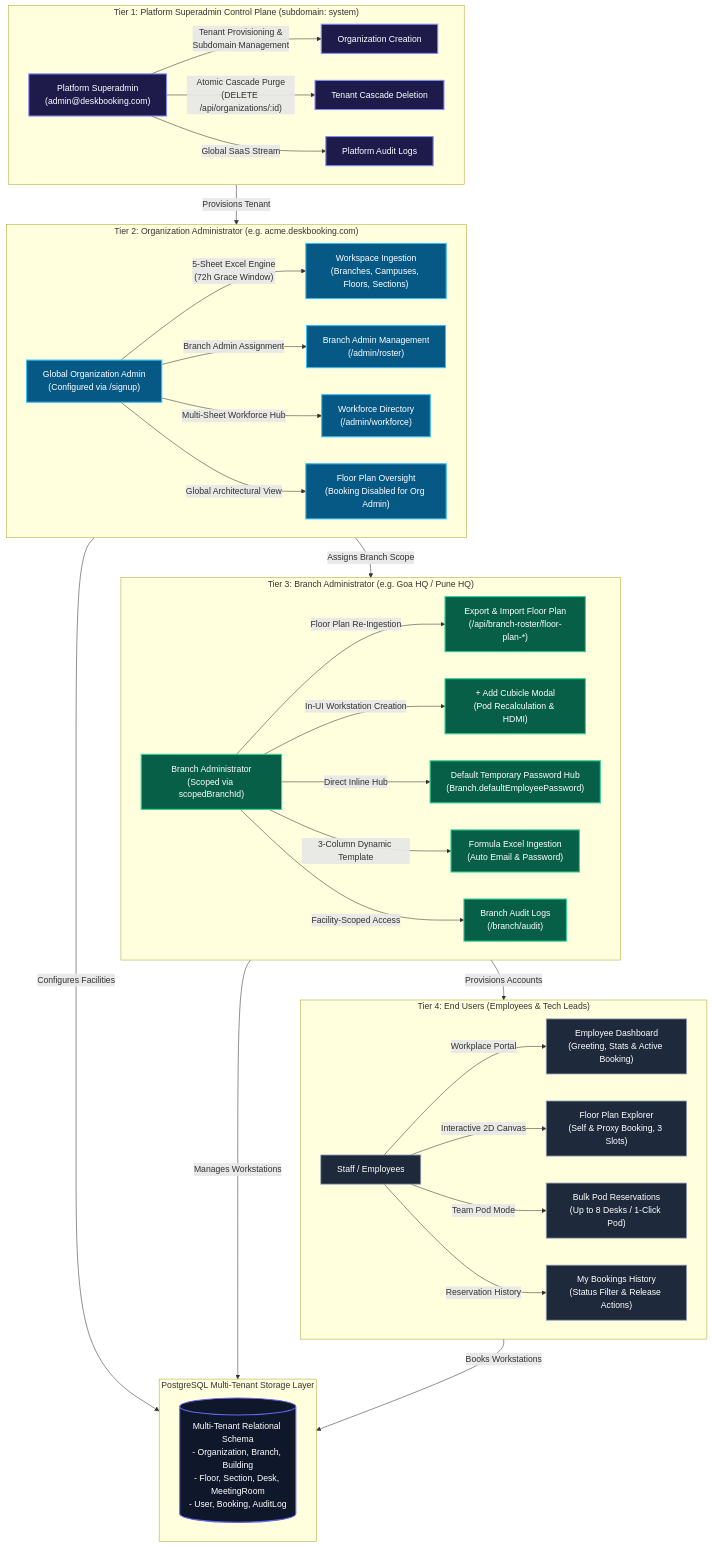
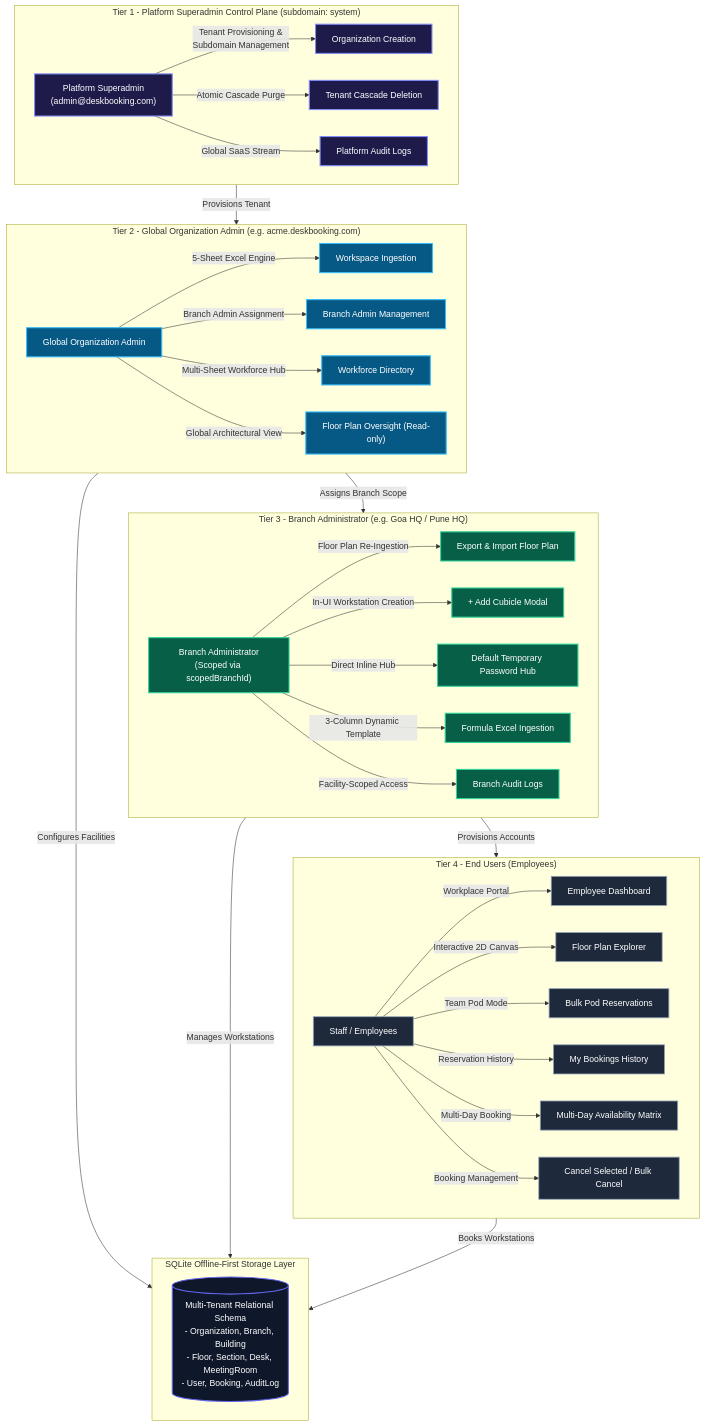
The diagram in README.md (swayamprabhu2005/MultiTenant-OfflineFirst-Desk-Booking), drawn with Mermaid before and after one commit. The commit also changed other lines of this file, not shown here.

Commit message:
Overhaul README with badges, feature modules, tech stack table, and API endpoint reference

````diff
--- a/README.md
+++ b/README.md
@@ -9,51 +18,53 @@
 ```mermaid
 flowchart TD
     classDef platform fill:#1e1b4b,stroke:#818cf8,stroke-width:2px,color:#ffffff;
     classDef org fill:#075985,stroke:#38bdf8,stroke-width:2px,color:#ffffff;
     classDef branch fill:#065f46,stroke:#34d399,stroke-width:2px,color:#ffffff;
     classDef employee fill:#1e293b,stroke:#94a3b8,stroke-width:1.5px,color:#ffffff;
     classDef database fill:#0f172a,stroke:#6366f1,stroke-width:2px,color:#ffffff;
 
-    subgraph Tier1["Tier 1: Platform Superadmin Control Plane (subdomain: system)"]
+    subgraph Tier1["Tier 1 - Platform Superadmin Control Plane (subdomain: system)"]
         SA["Platform Superadmin\n(admin@deskbooking.com)"]:::platform
         SA -->|"Tenant Provisioning &\nSubdomain Management"| OP["Organization Creation"]:::platform
-        SA -->|"Atomic Cascade Purge\n(DELETE /api/organizations/:id)"| CP["Tenant Cascade Deletion"]:::platform
+        SA -->|"Atomic Cascade Purge"| CP["Tenant Cascade Deletion"]:::platform
         SA -->|"Global SaaS Stream"| AL1["Platform Audit Logs"]:::platform
     end
 
-    subgraph Tier2["Tier 2: Organization Administrator (e.g. acme.deskbooking.com)"]
-        OA["Global Organization Admin\n(Configured via /signup)"]:::org
-        OA -->|"5-Sheet Excel Engine\n(72h Grace Window)"| WS["Workspace Ingestion\n(Branches, Campuses, Floors, Sections)"]:::org
-        OA -->|"Branch Admin Assignment"| BA_Prov["Branch Admin Management\n(/admin/roster)"]:::org
-        OA -->|"Multi-Sheet Workforce Hub"| WF["Workforce Directory\n(/admin/workforce)"]:::org
-        OA -->|"Global Architectural View"| FP_Oversight["Floor Plan Oversight\n(Booking Disabled for Org Admin)"]:::org
+    subgraph Tier2["Tier 2 - Global Organization Admin (e.g. acme.deskbooking.com)"]
+        OA["Global Organization Admin"]:::org
+        OA -->|"5-Sheet Excel Engine"| WS["Workspace Ingestion"]:::org
+        OA -->|"Branch Admin Assignment"| BA_Prov["Branch Admin Management"]:::org
+        OA -->|"Multi-Sheet Workforce Hub"| WF["Workforce Directory"]:::org
+        OA -->|"Global Architectural View"| FP_Oversight["Floor Plan Oversight (Read-only)"]:::org
     end
 
-    subgraph Tier3["Tier 3: Branch Administrator (e.g. Goa HQ / Pune HQ)"]
+    subgraph Tier3["Tier 3 - Branch Administrator (e.g. Goa HQ / Pune HQ)"]
         BA["Branch Administrator\n(Scoped via scopedBranchId)"]:::branch
-        BA -->|"Floor Plan Re-Ingestion"| FP_EXP["Export & Import Floor Plan\n(/api/branch-roster/floor-plan-*)"]:::branch
-        BA -->|"In-UI Workstation Creation"| ADD_CUB["+ Add Cubicle Modal\n(Pod Recalculation & HDMI)"]:::branch
-        BA -->|"Direct Inline Hub"| PWD_HUB["Default Temporary Password Hub\n(Branch.defaultEmployeePassword)"]:::branch
-        BA -->|"3-Column Dynamic Template"| BATCH["Formula Excel Ingestion\n(Auto Email & Password)"]:::branch
-        BA -->|"Facility-Scoped Access"| BA_AUDIT["Branch Audit Logs\n(/branch/audit)"]:::branch
+        BA -->|"Floor Plan Re-Ingestion"| FP_EXP["Export & Import Floor Plan"]:::branch
+        BA -->|"In-UI Workstation Creation"| ADD_CUB["+ Add Cubicle Modal"]:::branch
+        BA -->|"Direct Inline Hub"| PWD_HUB["Default Temporary Password Hub"]:::branch
+        BA -->|"3-Column Dynamic Template"| BATCH["Formula Excel Ingestion"]:::branch
+        BA -->|"Facility-Scoped Access"| BA_AUDIT["Branch Audit Logs"]:::branch
     end
 
-    subgraph Tier4["Tier 4: End Users (Employees & Tech Leads)"]
+    subgraph Tier4["Tier 4 - End Users (Employees)"]
         EMP["Staff / Employees"]:::employee
-        EMP -->|"Workplace Portal"| DASH["Employee Dashboard\n(Greeting, Stats & Active Booking)"]:::employee
-        EMP -->|"Interactive 2D Canvas"| BOOKING["Floor Plan Explorer\n(Self & Proxy Booking, 3 Slots)"]:::employee
-        EMP -->|"Team Pod Mode"| BULK["Bulk Pod Reservations\n(Up to 8 Desks / 1-Click Pod)"]:::employee
-        EMP -->|"Reservation History"| MY_BK["My Bookings History\n(Status Filter & Release Actions)"]:::employee
+        EMP -->|"Workplace Portal"| DASH["Employee Dashboard"]:::employee
+        EMP -->|"Interactive 2D Canvas"| BOOKING["Floor Plan Explorer"]:::employee
+        EMP -->|"Team Pod Mode"| BULK["Bulk Pod Reservations"]:::employee
+        EMP -->|"Reservation History"| MY_BK["My Bookings History"]:::employee
+        EMP -->|"Multi-Day Booking"| MULTIDAY["Multi-Day Availability Matrix"]:::employee
+        EMP -->|"Booking Management"| CANCEL["Cancel Selected / Bulk Cancel"]:::employee
     end
 
-    subgraph Storage["PostgreSQL Multi-Tenant Storage Layer"]
+    subgraph Storage["SQLite Offline-First Storage Layer"]
         DB[("Multi-Tenant Relational Schema\n- Organization, Branch, Building\n- Floor, Section, Desk, MeetingRoom\n- User, Booking, AuditLog")]:::database
     end
 
     Tier1 -->|"Provisions Tenant"| Tier2
     Tier2 -->|"Configures Facilities"| Storage
     Tier2 -->|"Assigns Branch Scope"| Tier3
     Tier3 -->|"Provisions Accounts"| Tier4
     Tier3 -->|"Manages Workstations"| Storage
     Tier4 -->|"Books Workstations"| Storage
 ```
````
